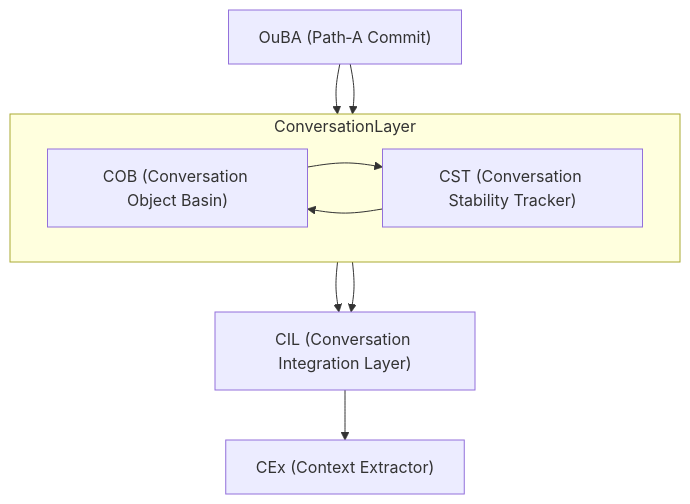
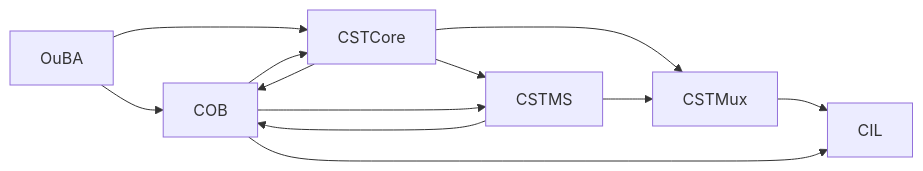
Before and after one commit to CuriousOne23/WhenMathPrays: the diagram in thought_simulator/requirements_20/20.705_patha_pathb_flow.md, drawn with Mermaid. The commit also changed other lines of this file, not shown here.

````diff
--- a/thought_simulator/requirements_20/20.705_patha_pathb_flow.md
+++ b/thought_simulator/requirements_20/20.705_patha_pathb_flow.md
@@ -222,32 +224,20 @@
 ```mermaid
-flowchart TD
+flowchart LR
 
-    %% Core A→B boundary
-    OuBA["OuBA (Path‑A Commit)"]
+    %% ===== Meaning Layer → Stability Layer =====
+    OuBA --> COB
+    OuBA --> CSTCore
 
-    %% Conversation-layer objects (parallel row)
-    subgraph ConversationLayer
-        direction LR
-        COB["COB (Conversation Object Basin)"]
-        CST["CST (Conversation Stability Tracker)"]
-    end
+    %% ===== Stability Layer =====
+    CSTCore --> CSTMS
+    CSTCore --> CSTMux
+    CSTMS --> CSTMux
+    CSTCore --> COB
+    CSTMS --> COB
+    COB --> CSTCore
+    COB --> CSTMS
 
-    %% Intake-side identity integration
-    CIL["CIL (Conversation Integration Layer)"]
-
-    %% Downstream semantic intake
-    CEx["CEx (Context Extractor)"]
-
-    %% Flows
-
-    OuBA --> COB
-    OuBA --> CST
-
-    COB --> CST
-    CST --> COB
-
-    CST --> CIL
+    %% ====== To CIL =========
+    CSTMux --> CIL
     COB --> CIL
-
-    CIL --> CEx
 ```
````
